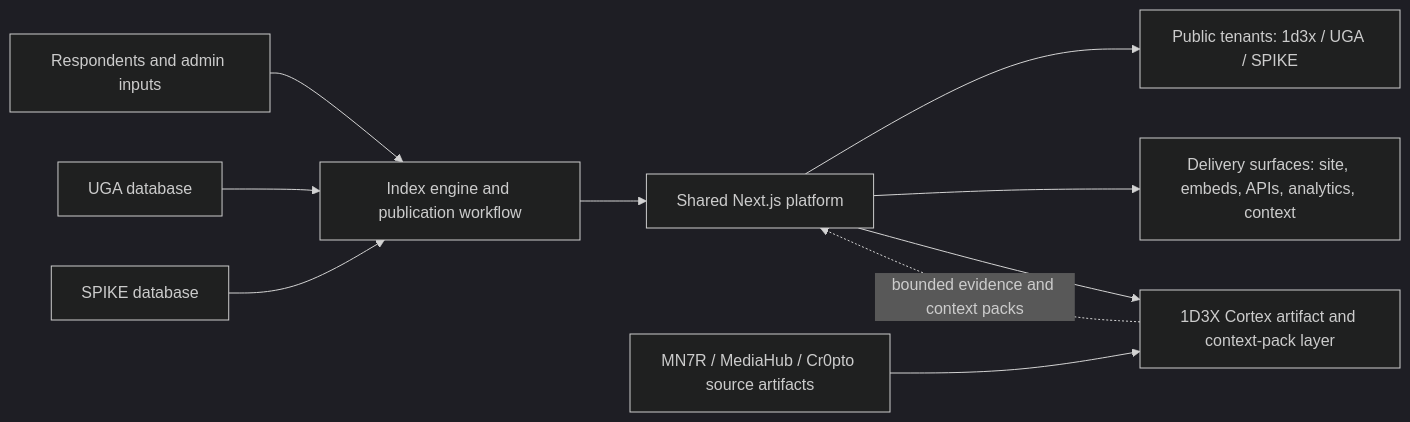
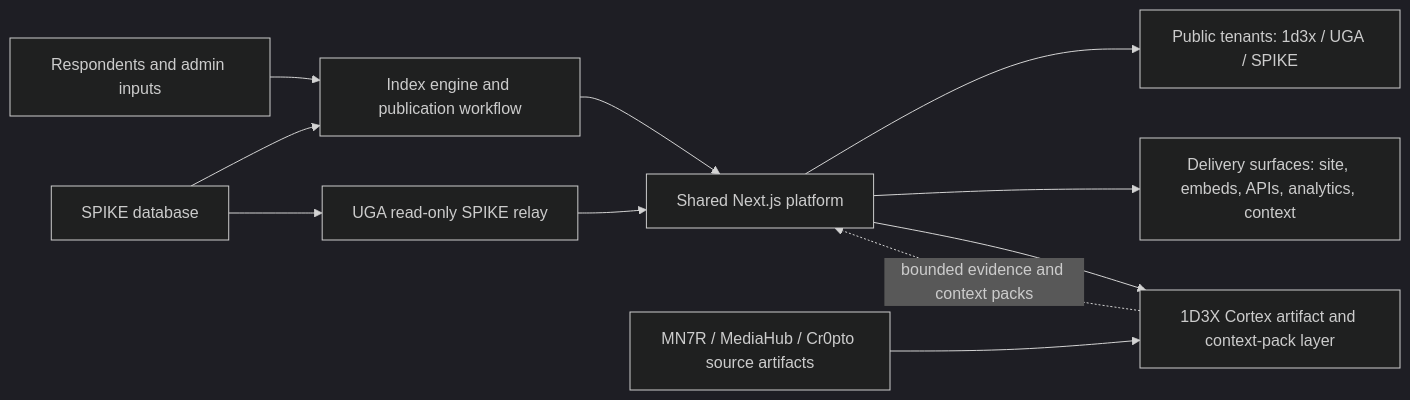
Before and after one commit to markoblogo/index: the diagram in README.md, drawn with Mermaid (dark theme). The commit also changed other lines of this file and 22 other files, not shown here.

Commit message:
feat: relay UGA public data from SPIKE (#10)

````diff
--- a/README.md
+++ b/README.md
@@ -78,22 +84,23 @@
 ```mermaid
 flowchart LR
   P["Public tenants: 1d3x / UGA / SPIKE"]
   N["Shared Next.js platform"]
   E["Index engine and publication workflow"]
   R["Respondents and admin inputs"]
-  U["UGA database"]
+  U["UGA read-only SPIKE relay"]
   S["SPIKE database"]
   C["1D3X Cortex artifact and context-pack layer"]
   M["MN7R / MediaHub / Cr0pto source artifacts"]
   D["Delivery surfaces: site, embeds, APIs, analytics, context"]
 
   R --> E
-  U --> E
   S --> E
   E --> N
+  S --> U
+  U --> N
   N --> P
   N --> D
   M --> C
   N --> C
   C -. "bounded evidence and context packs" .-> N
 ```
````
